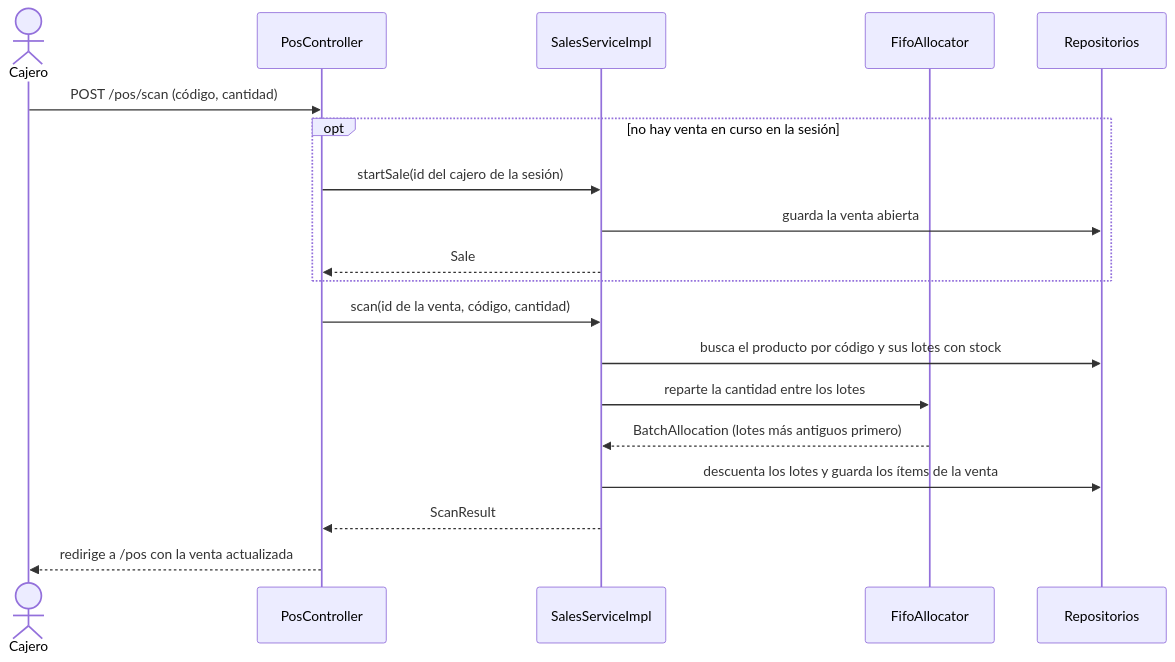
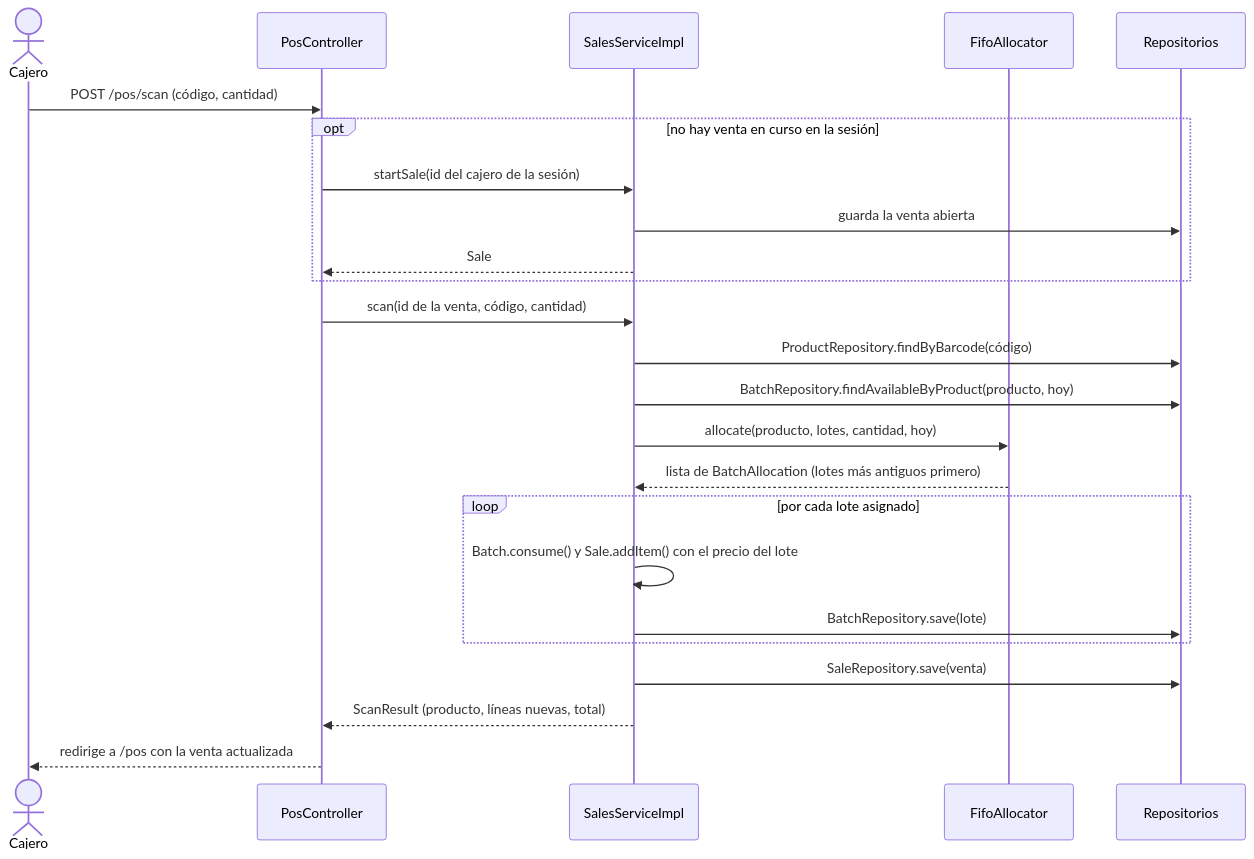
One commit to luduarte23/InventIQ changed the seventh of 7 diagrams in docs/arquitectura.md. Above: the diagram before and after it, drawn with Mermaid. The commit also changed other lines of this file, not shown here.

Commit message:
A11: align architecture document with the actual code

````diff
--- a/docs/arquitectura.md
+++ b/docs/arquitectura.md
@@ -350,21 +374,26 @@
 ```mermaid
 sequenceDiagram
     actor C as Cajero
     participant PC as PosController
     participant SS as SalesServiceImpl
     participant FA as FifoAllocator
     participant Repo as Repositorios
     C->>PC: POST /pos/scan (código, cantidad)
     opt no hay venta en curso en la sesión
         PC->>SS: startSale(id del cajero de la sesión)
         SS->>Repo: guarda la venta abierta
         SS-->>PC: Sale
     end
     PC->>SS: scan(id de la venta, código, cantidad)
-    SS->>Repo: busca el producto por código y sus lotes con stock
-    SS->>FA: reparte la cantidad entre los lotes
-    FA-->>SS: BatchAllocation (lotes más antiguos primero)
-    SS->>Repo: descuenta los lotes y guarda los ítems de la venta
-    SS-->>PC: ScanResult
+    SS->>Repo: ProductRepository.findByBarcode(código)
+    SS->>Repo: BatchRepository.findAvailableByProduct(producto, hoy)
+    SS->>FA: allocate(producto, lotes, cantidad, hoy)
+    FA-->>SS: lista de BatchAllocation (lotes más antiguos primero)
+    loop por cada lote asignado
+        SS->>SS: Batch.consume() y Sale.addItem() con el precio del lote
+        SS->>Repo: BatchRepository.save(lote)
+    end
+    SS->>Repo: SaleRepository.save(venta)
+    SS-->>PC: ScanResult (producto, líneas nuevas, total)
     PC-->>C: redirige a /pos con la venta actualizada
 ```
````
